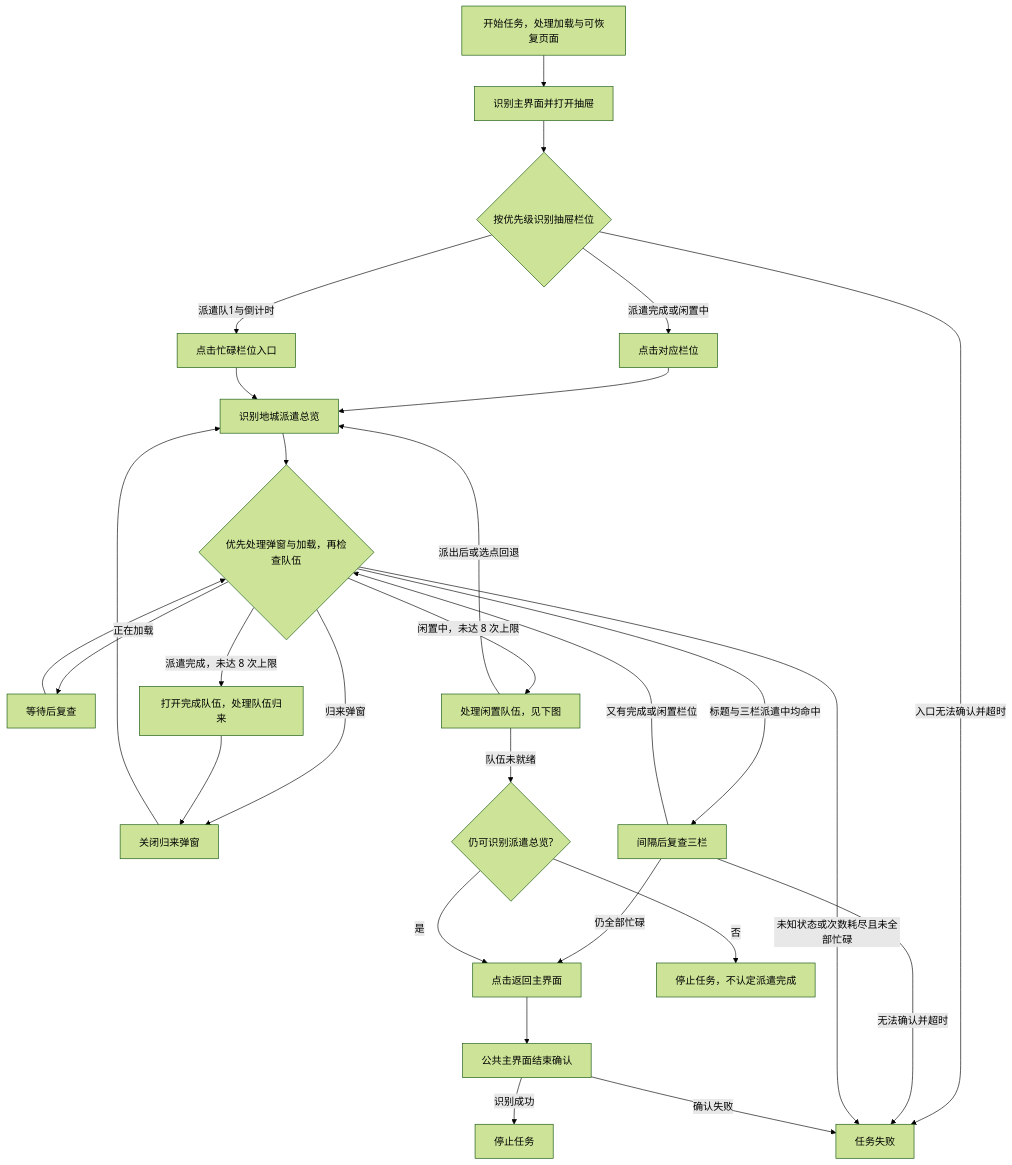
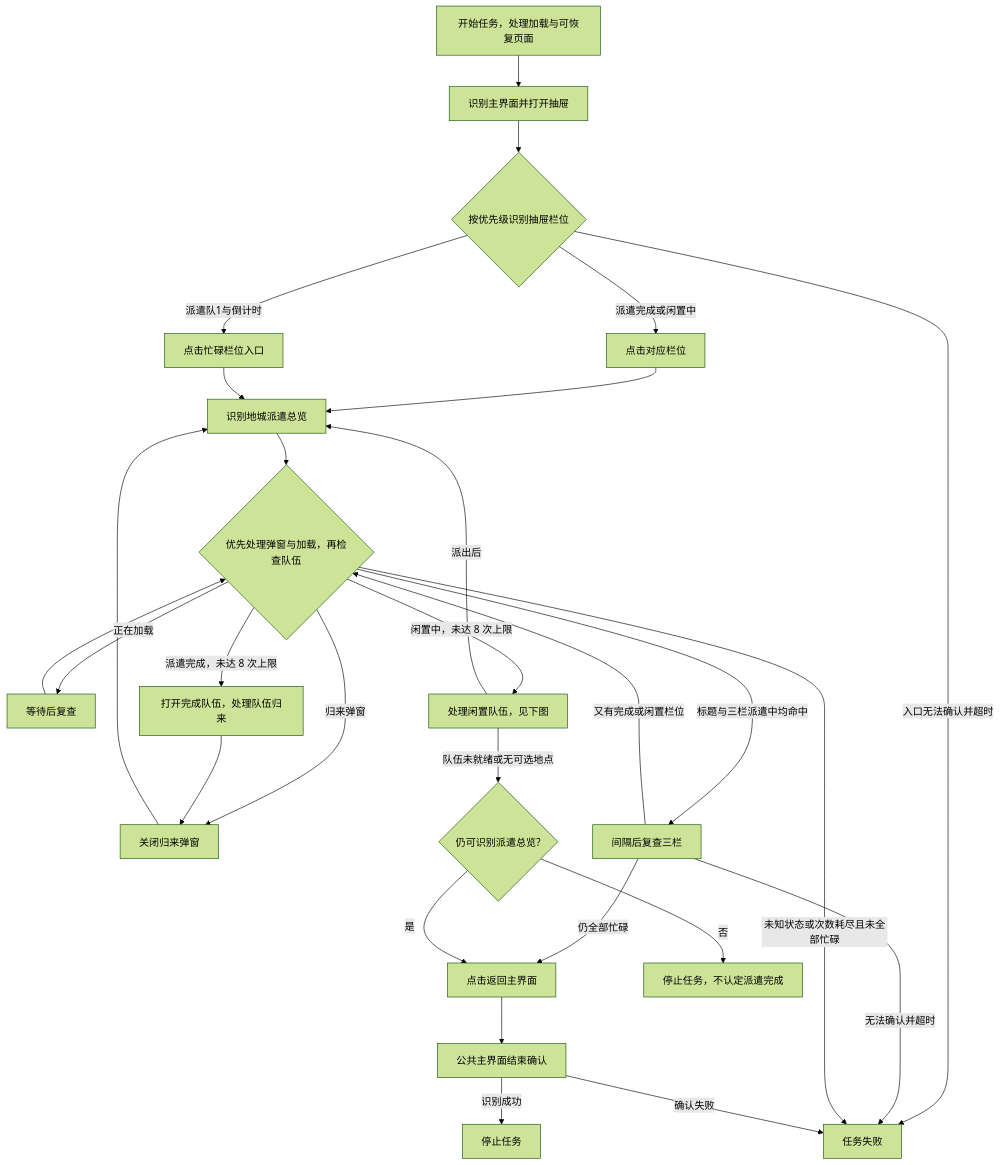
One commit to cccrx1/TKFMaa changed the first of 2 diagrams in docs/zh_cn/tasks/daily_dispatch.md. Above: the diagram before and after it, drawn with Mermaid (forest theme). The commit also changed other lines of this file and 4 other files, not shown here.

````diff
--- a/docs/zh_cn/tasks/daily_dispatch.md
+++ b/docs/zh_cn/tasks/daily_dispatch.md
@@ -29,30 +29,30 @@
 ```mermaid
 flowchart TD
     Start[开始任务，处理加载与可恢复页面] --> Main[识别主界面并打开抽屉]
     Main --> Drawer{按优先级识别抽屉栏位}
     Drawer -->|派遣完成或闲置中| Actionable[点击对应栏位]
     Drawer -->|派遣队1与倒计时| Busy[点击忙碌栏位入口]
     Drawer -->|入口无法确认并超时| Fail[任务失败，保留页面]
     Actionable --> Overview[识别地城派遣总览]
     Busy --> Overview
     Overview --> Scan{优先处理弹窗与加载，再检查队伍}
     Scan -->|归来弹窗| Popup[关闭归来弹窗]
     Popup --> Overview
     Scan -->|正在加载| Wait[等待后复查]
     Wait --> Scan
     Scan -->|派遣完成，未达 8 次上限| Completed[打开完成队伍，处理队伍归来]
     Completed --> Popup
     Scan -->|闲置中，未达 8 次上限| Idle[处理闲置队伍，见下图]
-    Idle -->|派出后或选点回退| Overview
-    Idle -->|队伍未就绪| ExitCheck{仍可识别派遣总览?}
+    Idle -->|派出后| Overview
+    Idle -->|队伍未就绪或无可选地点| ExitCheck{仍可识别派遣总览?}
     Scan -->|标题与三栏派遣中均命中| Verify[间隔后复查三栏]
     Verify -->|仍全部忙碌| Back[点击返回主界面]
     Verify -->|又有完成或闲置栏位| Scan
     Verify -->|无法确认并超时| Fail
     Scan -->|未知状态或次数耗尽且未全部忙碌| Fail
     ExitCheck -->|是| Back
     ExitCheck -->|否| Stop[停止任务，不认定派遣完成]
     Back --> Confirm[公共主界面结束确认]
     Confirm -->|识别成功| Done[停止任务]
     Confirm -->|确认失败| Fail[任务失败]
 ```
````
